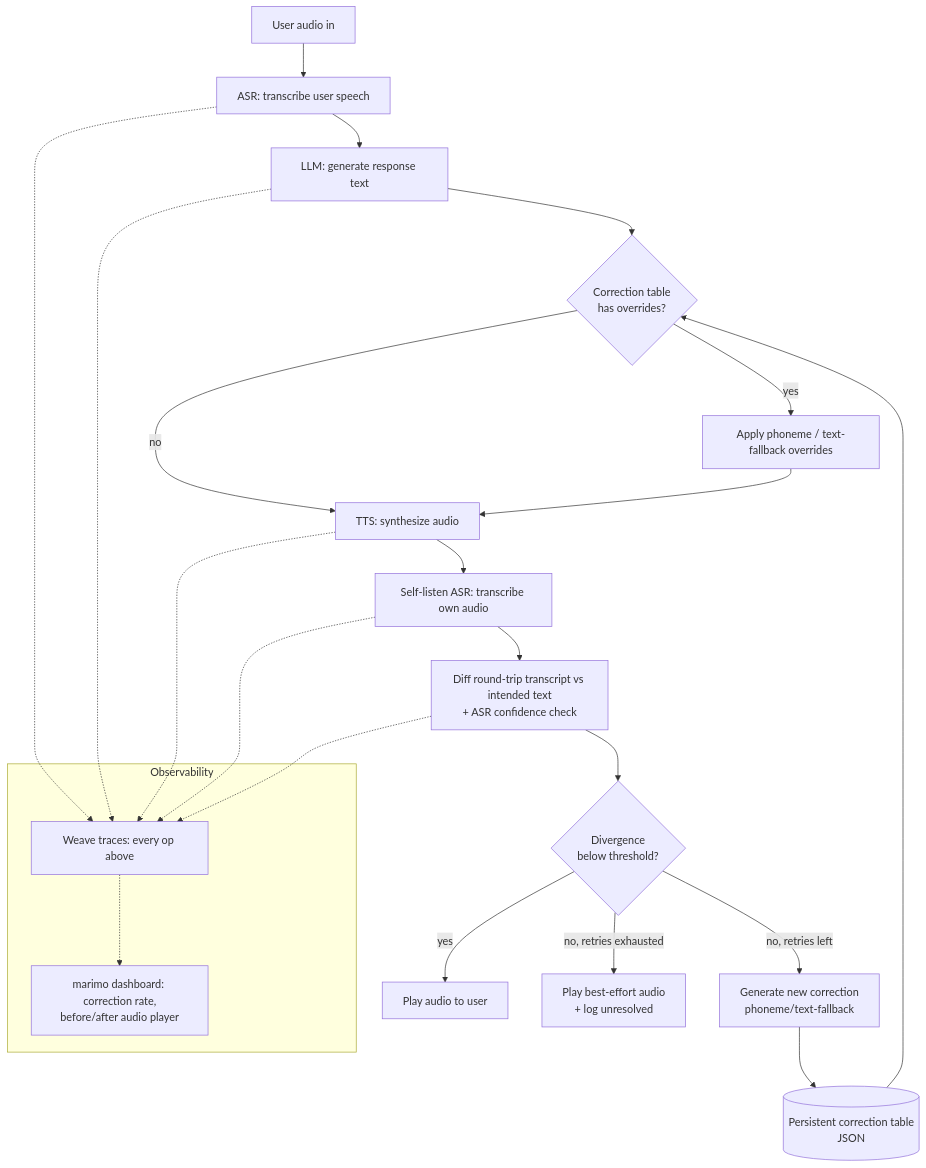
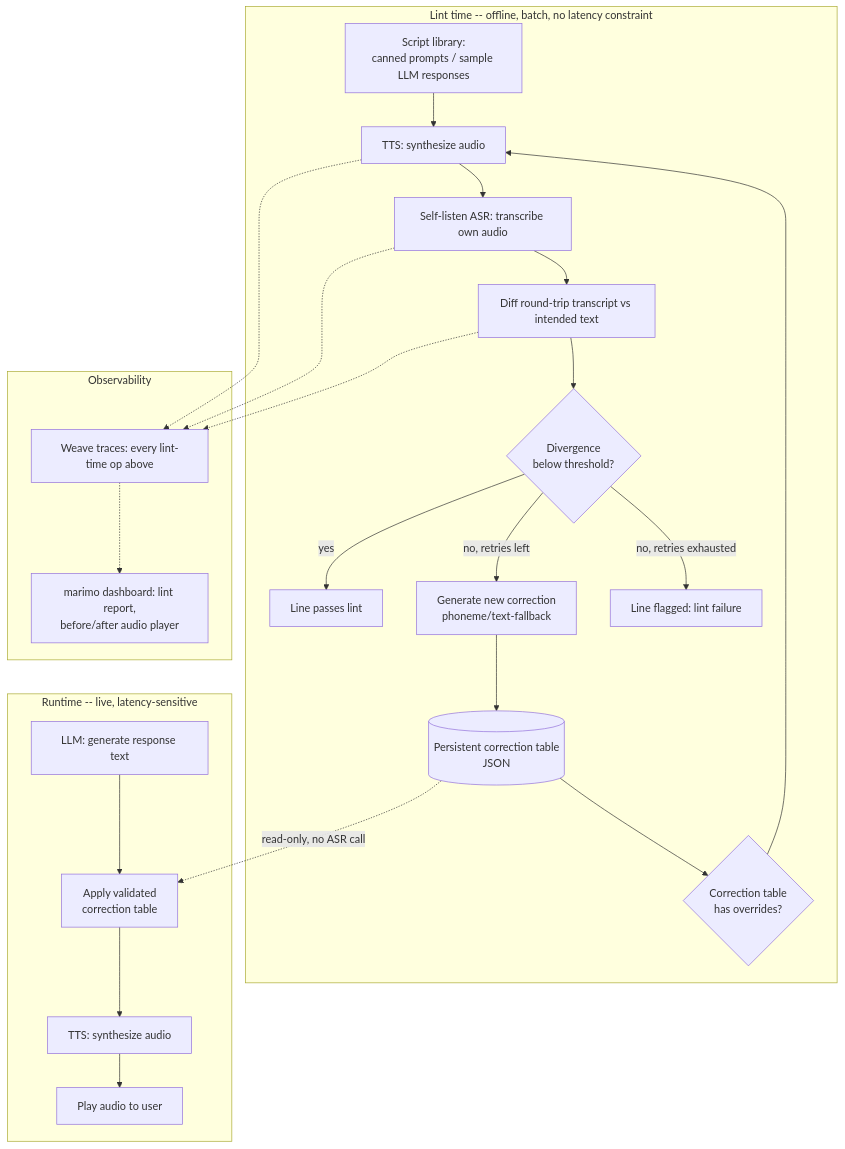
Before and after one commit to jsaluja/voice-mirror: the diagram in PLAN.md, drawn with Mermaid. The commit also changed other lines of this file and 5 other files, not shown here.

First line of the commit message:
Pivot to offline Pronunciation CI Linter to eliminate runtime latency

````diff
--- a/PLAN.md
+++ b/PLAN.md
@@ -74,28 +108,32 @@
 ```mermaid
 flowchart TD
-    Mic[User audio in] --> ASR1[ASR: transcribe user speech]
-    ASR1 --> LLM[LLM: generate response text]
-    LLM --> Rewrite{Correction table\nhas overrides?}
-    Rewrite -->|yes| Apply[Apply phoneme / text-fallback overrides]
-    Rewrite -->|no| TTS
-    Apply --> TTS[TTS: synthesize audio]
-    TTS --> ASR2[Self-listen ASR: transcribe own audio]
-    ASR2 --> Diff[Diff round-trip transcript vs intended text\n+ ASR confidence check]
-    Diff --> Gate{Divergence\nbelow threshold?}
-    Gate -->|yes| Play[Play audio to user]
-    Gate -->|no, retries left| Learn[Generate new correction\nphoneme/text-fallback]
-    Learn --> CorrectionTable[(Persistent correction table\nJSON)]
-    CorrectionTable --> Rewrite
-    Gate -->|no, retries exhausted| BestEffort[Play best-effort audio\n+ log unresolved]
+    subgraph LintTime[Lint time -- offline, batch, no latency constraint]
+      Script[Script library:\ncanned prompts / sample LLM responses] --> TTS1[TTS: synthesize audio]
+      Rewrite{Correction table\nhas overrides?} --> TTS1
+      TTS1 --> ASR2[Self-listen ASR: transcribe own audio]
+      ASR2 --> Diff[Diff round-trip transcript vs intended text]
+      Diff --> Gate{Divergence\nbelow threshold?}
+      Gate -->|yes| Pass[Line passes lint]
+      Gate -->|no, retries left| Learn[Generate new correction\nphoneme/text-fallback]
+      Learn --> CorrectionTable[(Persistent correction table\nJSON)]
+      CorrectionTable --> Rewrite
+      Gate -->|no, retries exhausted| Fail[Line flagged: lint failure]
+    end
+
+    subgraph Runtime[Runtime -- live, latency-sensitive]
+      LLM[LLM: generate response text] --> Apply[Apply validated\ncorrection table]
+      Apply --> TTS2[TTS: synthesize audio]
+      TTS2 --> Play[Play audio to user]
+    end
+
+    CorrectionTable -.->|read-only, no ASR call| Apply
 
     subgraph Observability
-      Weave[Weave traces: every op above]
-      Marimo[marimo dashboard: correction rate,\nbefore/after audio player]
+      Weave[Weave traces: every lint-time op above]
+      Marimo[marimo dashboard: lint report,\nbefore/after audio player]
     end
-    ASR1 -.-> Weave
-    LLM -.-> Weave
-    TTS -.-> Weave
+    TTS1 -.-> Weave
     ASR2 -.-> Weave
     Diff -.-> Weave
     Weave -.-> Marimo
 ```
````
